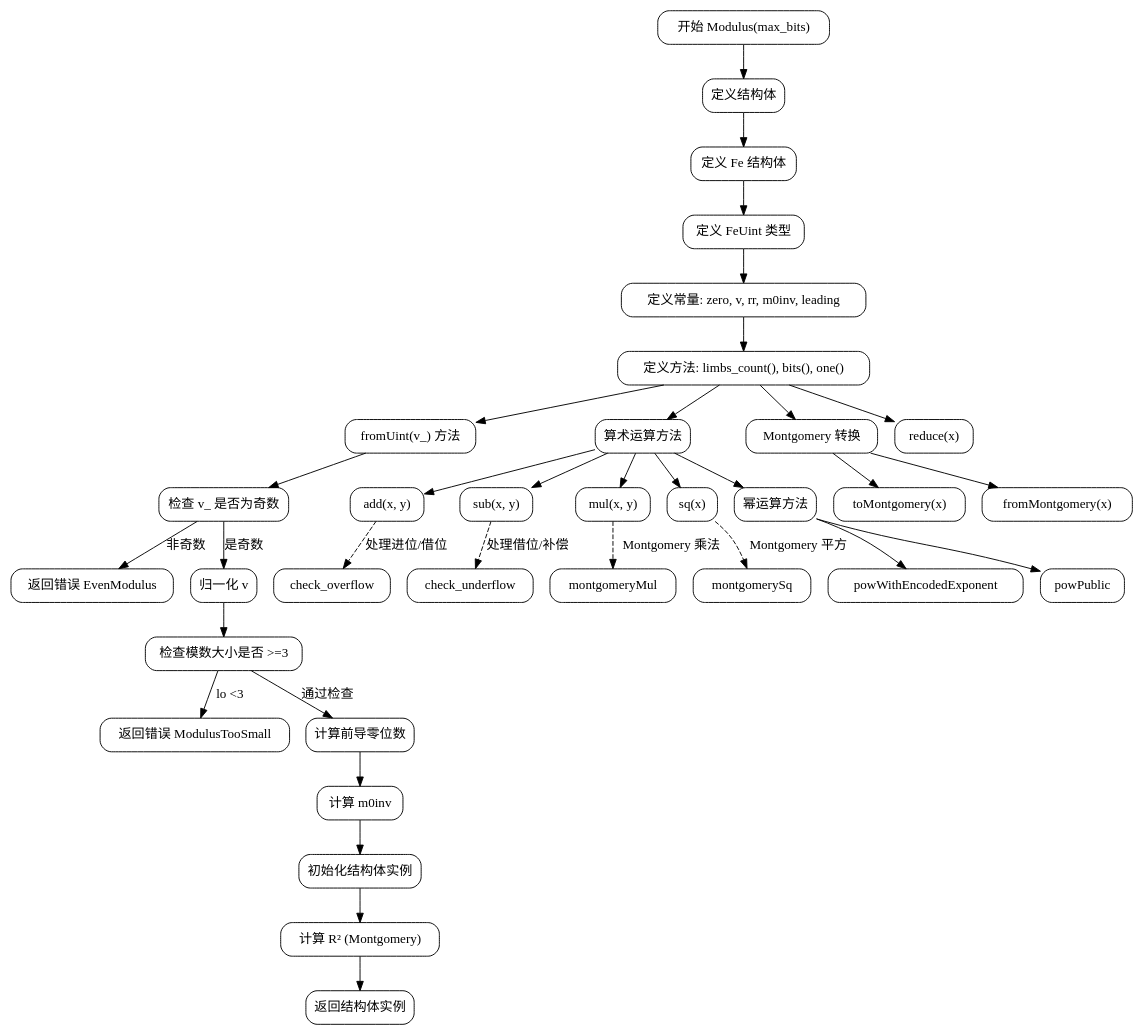
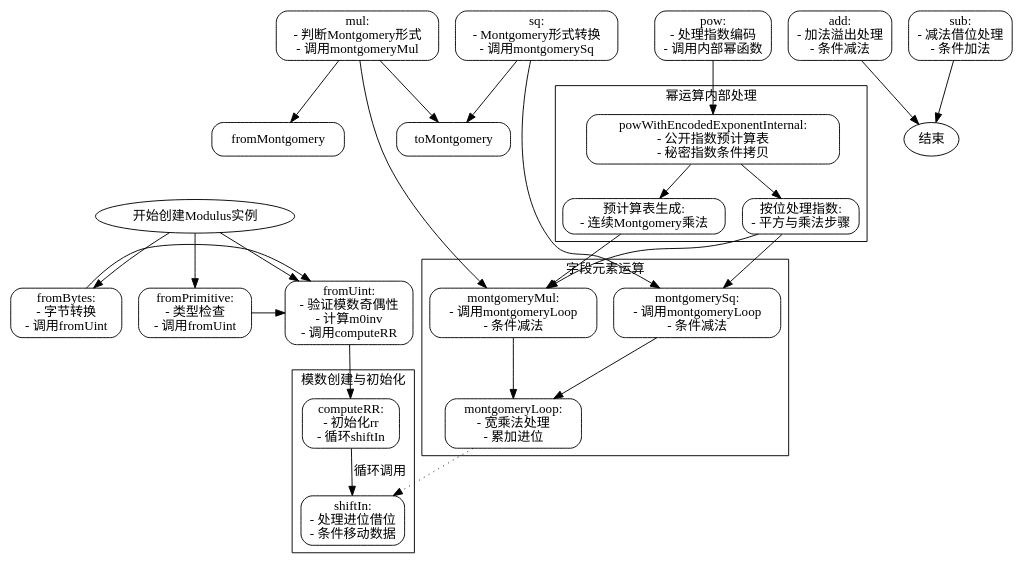
The diagram in dot_std/crypto/ff.zig.Modulus.md (sdzx-1/deepseek-zig-reader), drawn with Graphviz before and after one commit. The commit also changed other lines of this file and 236 other files, not shown here.

````diff
--- a/dot_std/crypto/ff.zig.Modulus.md
+++ b/dot_std/crypto/ff.zig.Modulus.md
@@ -28,76 +28,58 @@
 ```graphviz
-digraph ModulusFlowchart {
-    rankdir=TB;
+digraph ModulusFlow {
     node [shape=rectangle, style=rounded];
 
-    start [label="开始 Modulus(max_bits)"];
-    define_struct [label="定义结构体"];
-    define_Fe [label="定义 Fe 结构体"];
-    define_FeUint [label="定义 FeUint 类型"];
-    define_constants [label="定义常量: zero, v, rr, m0inv, leading"];
-    methods [label="定义方法: limbs_count(), bits(), one()"];
+    start [label="开始创建Modulus实例", shape=ellipse];
+    end [label="结束", shape=ellipse];
 
-    fromUint [label="fromUint(v_) 方法"];
-    check_odd [label="检查 v_ 是否为奇数"];
-    error_even [label="返回错误 EvenModulus"];
-    normalize_v [label="归一化 v"];
-    check_size [label="检查模数大小是否 >=3"];
-    error_small [label="返回错误 ModulusTooSmall"];
-    compute_leading [label="计算前导零位数"];
-    compute_m0inv [label="计算 m0inv"];
-    init_struct [label="初始化结构体实例"];
-    compute_rr [label="计算 R² (Montgomery)"];
-    return_self [label="返回结构体实例"];
+    subgraph cluster_creation {
+        label="模数创建与初始化";
+        fromUint [label="fromUint:\n- 验证模数奇偶性\n- 计算m0inv\n- 调用computeRR"];
+        fromPrimitive [label="fromPrimitive:\n- 类型检查\n- 调用fromUint"];
+        fromBytes [label="fromBytes:\n- 字节转换\n- 调用fromUint"];
+        computeRR [label="computeRR:\n- 初始化rr\n- 循环shiftIn"];
+        shiftIn [label="shiftIn:\n- 处理进位借位\n- 条件移动数据"];
+    }
 
-    arithmetic_methods [label="算术运算方法"];
-    add_method [label="add(x, y)"];
-    sub_method [label="sub(x, y)"];
-    mul_method [label="mul(x, y)"];
-    sq_method [label="sq(x)"];
-    pow_methods [label="幂运算方法"];
+    subgraph cluster_operations {
+        label="字段元素运算";
+        add [label="add:\n- 加法溢出处理\n- 条件减法"];
+        sub [label="sub:\n- 减法借位处理\n- 条件加法"];
+        mul [label="mul:\n- 判断Montgomery形式\n- 调用montgomeryMul"];
+        sq [label="sq:\n- Montgomery形式转换\n- 调用montgomerySq"];
+        pow [label="pow:\n- 处理指数编码\n- 调用内部幂函数"];
+        montgomeryMul [label="montgomeryMul:\n- 调用montgomeryLoop\n- 条件减法"];
+        montgomerySq [label="montgomerySq:\n- 调用montgomeryLoop\n- 条件减法"];
+        montgomeryLoop [label="montgomeryLoop:\n- 宽乘法处理\n- 累加进位"];
+    }
 
-    montgomery_conversion [label="Montgomery 转换"];
-    toMontgomery [label="toMontgomery(x)"];
-    fromMontgomery [label="fromMontgomery(x)"];
-    reduce_method [label="reduce(x)"];
+    subgraph cluster_pow_internal {
+        label="幂运算内部处理";
+        powInternal [label="powWithEncodedExponentInternal:\n- 公开指数预计算表\n- 秘密指数条件拷贝"];
+        processBit [label="按位处理指数:\n- 平方与乘法步骤"];
+        precomputeTable [label="预计算表生成:\n- 连续Montgomery乘法"];
+    }
 
-    start -> define_struct;
-    define_struct -> define_Fe;
-    define_Fe -> define_FeUint;
-    define_FeUint -> define_constants;
-    define_constants -> methods;
+    start -> {fromUint, fromPrimitive, fromBytes};
+    fromUint -> computeRR;
+    computeRR -> shiftIn [label="循环调用"];
+    fromPrimitive -> fromUint;
+    fromBytes -> fromUint;
 
-    methods -> fromUint;
-    fromUint -> check_odd;
-    check_odd -> error_even [label="非奇数"];
-    check_odd -> normalize_v [label="是奇数"];
-    normalize_v -> check_size;
-    check_size -> error_small [label="lo <3"];
-    check_size -> compute_leading [label="通过检查"];
-    compute_leading -> compute_m0inv;
-    compute_m0inv -> init_struct;
-    init_struct -> compute_rr;
-    compute_rr -> return_self;
+    add -> end;
+    sub -> end;
+    mul -> {montgomeryMul, toMontgomery, fromMontgomery};
+    sq -> {montgomerySq, toMontgomery};
+    pow -> powInternal;
+    powInternal -> {processBit, precomputeTable};
+    processBit -> {montgomerySq, montgomeryMul};
+    precomputeTable -> montgomeryMul;
 
-    methods -> arithmetic_methods;
-    arithmetic_methods -> add_method;
-    arithmetic_methods -> sub_method;
-    arithmetic_methods -> mul_method;
-    arithmetic_methods -> sq_method;
-    arithmetic_methods -> pow_methods;
+    montgomeryMul -> montgomeryLoop;
+    montgomerySq -> montgomeryLoop;
+    montgomeryLoop -> shiftIn [style=dotted];
 
-    methods -> montgomery_conversion;
-    montgomery_conversion -> toMontgomery;
-    montgomery_conversion -> fromMontgomery;
-    methods -> reduce_method;
-
-    pow_methods -> powWithEncodedExponent;
-    pow_methods -> powPublic;
-
-    edge [style=dashed];
-    add_method -> check_overflow [label="处理进位/借位"];
-    sub_method -> check_underflow [label="处理借位/补偿"];
-    mul_method -> montgomeryMul [label="Montgomery 乘法"];
-    sq_method -> montgomerySq [label="Montgomery 平方"];
+    {rank=same; fromUint, fromPrimitive, fromBytes}
+    {rank=same; add, sub, mul, sq, pow}
 }
 ```
````
